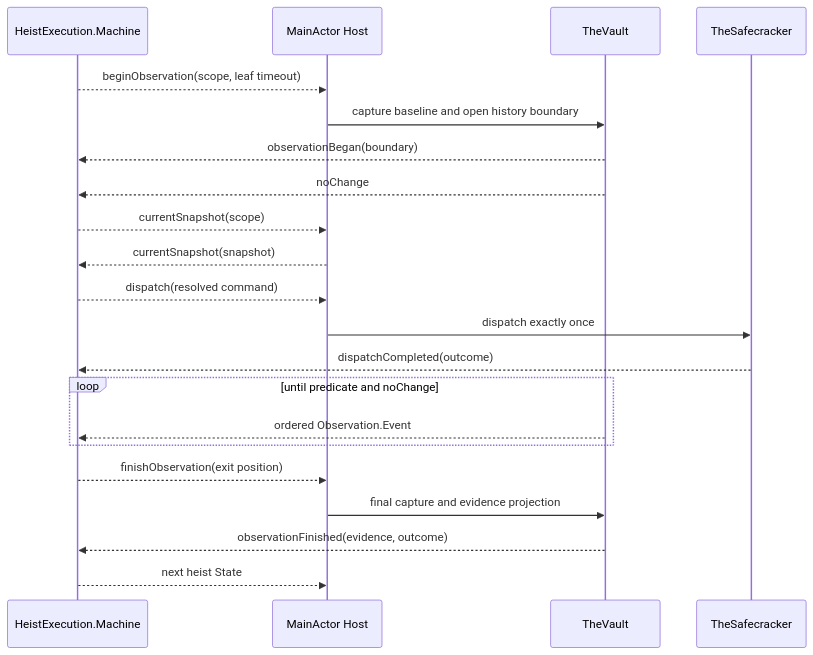
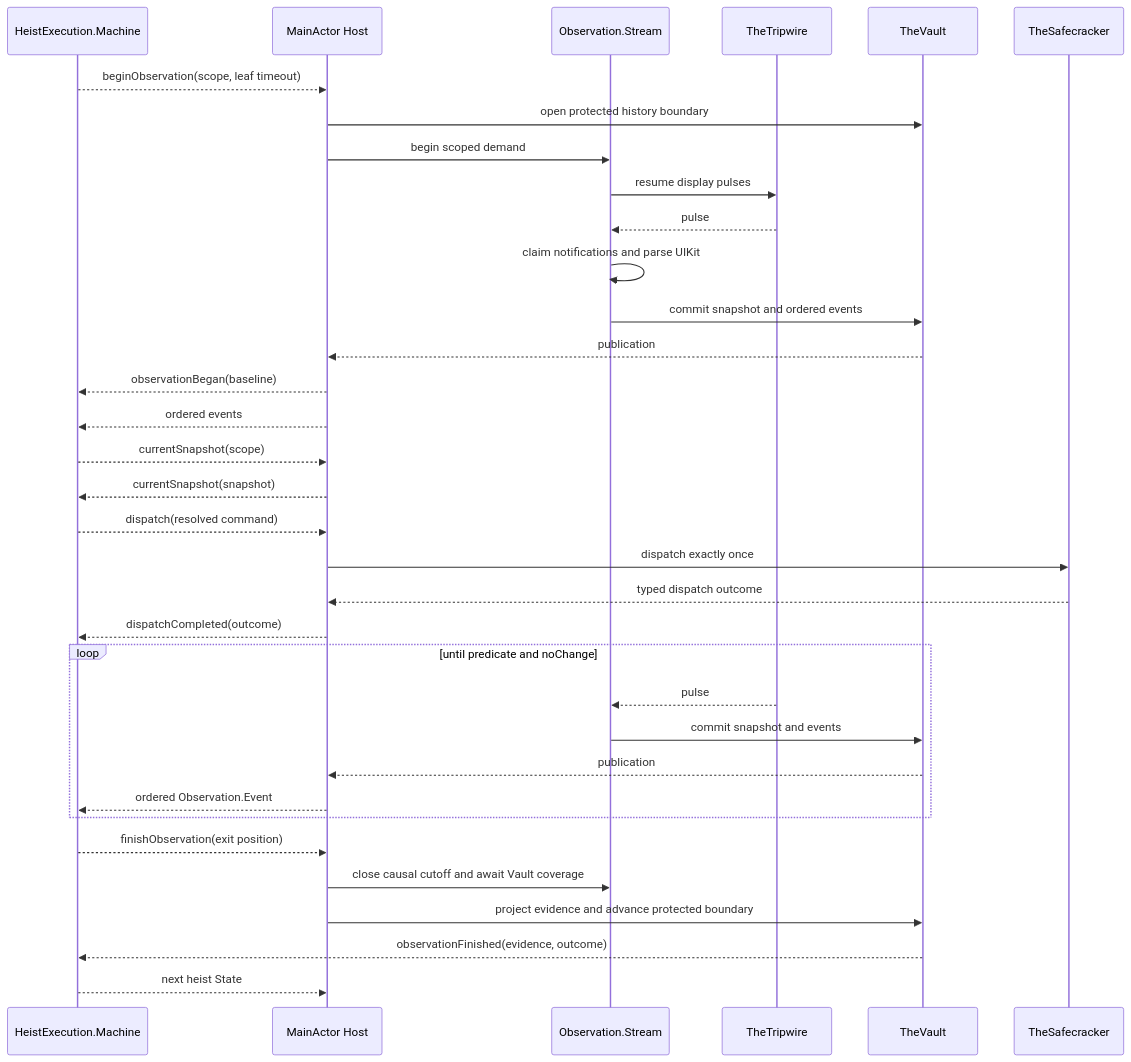
The diagram in docs/diagrams/action-pipeline.md (RoyalPineapple/TheButtonHeist), drawn with Mermaid before and after one commit. The commit also changed other lines of this file and 191 other files, not shown here.

Commit message:
Complete pulse-driven observation migration

````diff
--- a/docs/diagrams/action-pipeline.md
+++ b/docs/diagrams/action-pipeline.md
@@ -17,24 +17,37 @@
 ```mermaid
 sequenceDiagram
     participant Machine as HeistExecution.Machine
     participant Host as MainActor Host
+    participant Stream as Observation.Stream
+    participant Tripwire as TheTripwire
     participant Vault as TheVault
     participant Safecracker as TheSafecracker
 
     Machine-->>Host: beginObservation(scope, leaf timeout)
-    Host->>Vault: capture baseline and open history boundary
-    Vault-->>Machine: observationBegan(boundary)
-    Vault-->>Machine: noChange
+    Host->>Vault: open protected history boundary
+    Host->>Stream: begin scoped demand
+    Stream->>Tripwire: resume display pulses
+    Tripwire-->>Stream: pulse
+    Stream->>Stream: claim notifications and parse UIKit
+    Stream->>Vault: commit snapshot and ordered events
+    Vault-->>Host: publication
+    Host-->>Machine: observationBegan(baseline)
+    Host-->>Machine: ordered events
     Machine-->>Host: currentSnapshot(scope)
     Host-->>Machine: currentSnapshot(snapshot)
     Machine-->>Host: dispatch(resolved command)
     Host->>Safecracker: dispatch exactly once
-    Safecracker-->>Machine: dispatchCompleted(outcome)
+    Safecracker-->>Host: typed dispatch outcome
+    Host-->>Machine: dispatchCompleted(outcome)
     loop until predicate and noChange
-        Vault-->>Machine: ordered Observation.Event
+        Tripwire-->>Stream: pulse
+        Stream->>Vault: commit snapshot and events
+        Vault-->>Host: publication
+        Host-->>Machine: ordered Observation.Event
     end
     Machine-->>Host: finishObservation(exit position)
-    Host->>Vault: final capture and evidence projection
+    Host->>Stream: close causal cutoff and await Vault coverage
+    Host->>Vault: project evidence and advance protected boundary
     Vault-->>Machine: observationFinished(evidence, outcome)
     Machine-->>Host: next heist State
 ```
````
